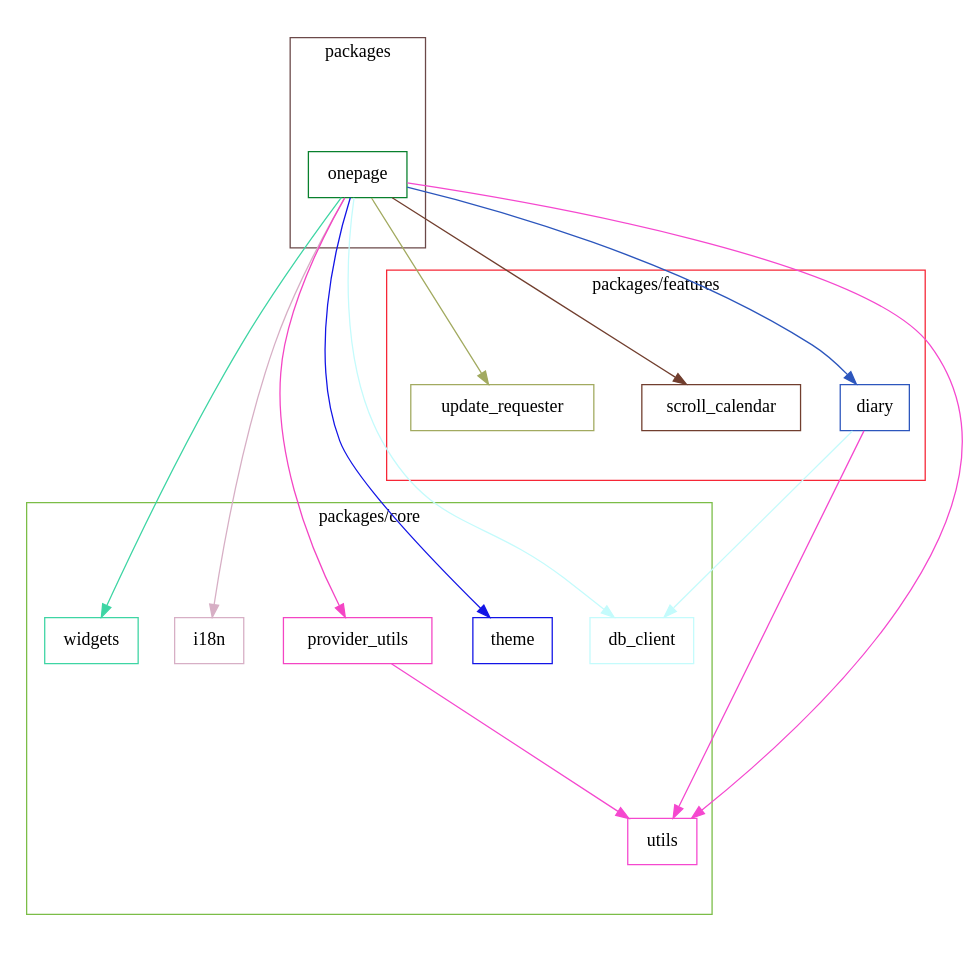
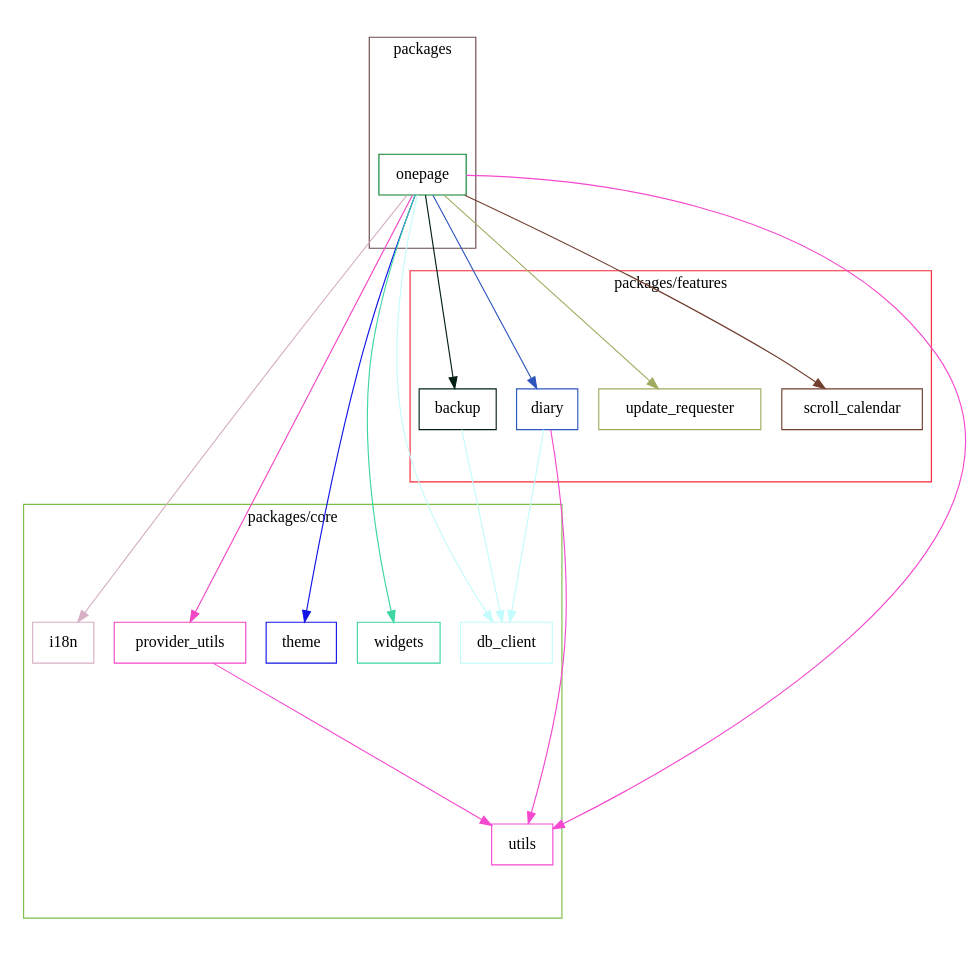
One commit to naipaka/onepage changed the diagram in docs/dependency_graph.dot. Above: the diagram before and after it, drawn with Graphviz. The commit also changed 1 other file, not shown here.

Commit message:
Update Dependency Graph and SVG image (#33)

```diff
--- a/docs/dependency_graph.dot
+++ b/docs/dependency_graph.dot
@@ -1,47 +1,51 @@
 digraph packages {
   size="10"; ratio=fill;
+  backup [shape="box"; color="#022013"];
   db_client [shape="box"; color="#c4fbfc"];
   diary [shape="box"; color="#2c56bd"];
   i18n [shape="box"; color="#d7afc5"];
   onepage [shape="box"; color="#08802d"];
   provider_utils [shape="box"; color="#f445c4"];
   scroll_calendar [shape="box"; color="#713e2e"];
   theme [shape="box"; color="#1214e6"];
   update_requester [shape="box"; color="#a2aa60"];
   utils [shape="box"; color="#f548cf"];
   widgets [shape="box"; color="#3ed5a4"];
+  backup -> db_client [style="filled"; color="#c4fbfc"];
   diary -> db_client [style="filled"; color="#c4fbfc"];
   diary -> utils [style="filled"; color="#f548cf"];
+  onepage -> backup [style="filled"; color="#022013"];
   onepage -> db_client [style="filled"; color="#c4fbfc"];
   onepage -> diary [style="filled"; color="#2c56bd"];
   onepage -> i18n [style="filled"; color="#d7afc5"];
   onepage -> provider_utils [style="filled"; color="#f445c4"];
   onepage -> scroll_calendar [style="filled"; color="#713e2e"];
   onepage -> theme [style="filled"; color="#1214e6"];
   onepage -> update_requester [style="filled"; color="#a2aa60"];
   onepage -> utils [style="filled"; color="#f548cf"];
   onepage -> widgets [style="filled"; color="#3ed5a4"];
   provider_utils -> utils [style="filled"; color="#f548cf"];
+  subgraph "cluster packages/features" {
+    label="packages/features";
+    color="#f62736";
+    backup;
+    diary;
+    scroll_calendar;
+    update_requester;
+  }
   subgraph "cluster packages/core" {
     label="packages/core";
     color="#7bbd47";
     db_client;
     i18n;
     provider_utils;
     theme;
     utils;
     widgets;
   }
-  subgraph "cluster packages/features" {
-    label="packages/features";
-    color="#f62736";
-    diary;
-    scroll_calendar;
-    update_requester;
-  }
   subgraph "cluster packages" {
     label="packages";
     color="#6b4949";
     onepage;
   }
 }
```
